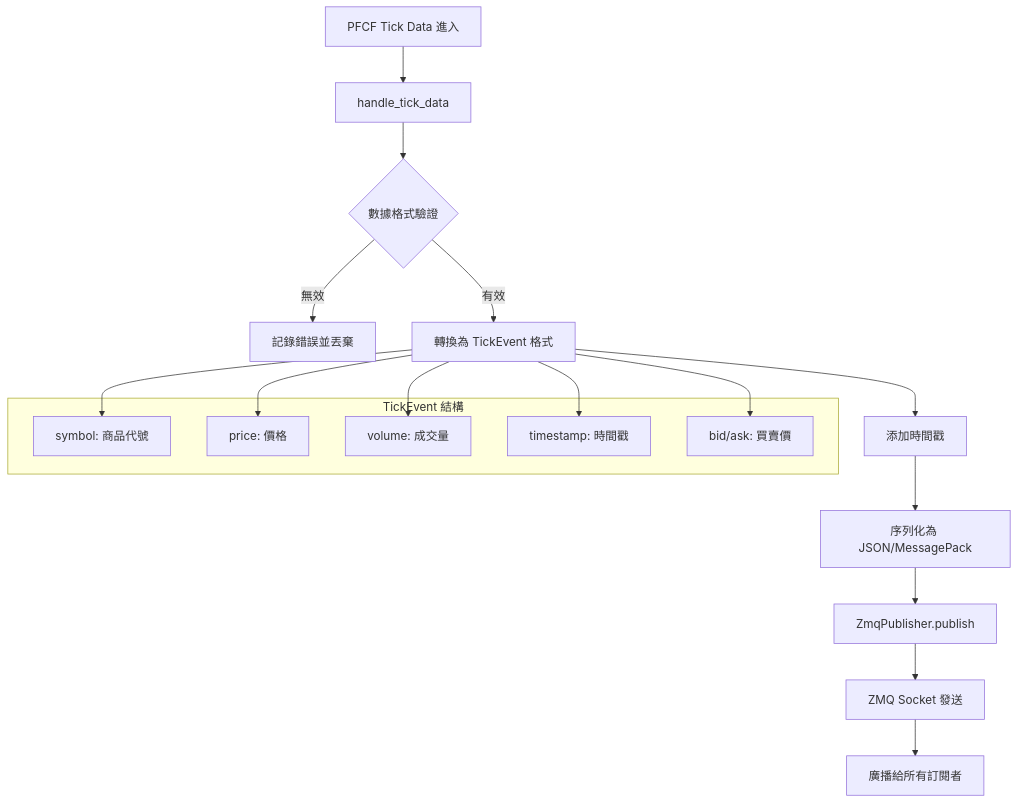
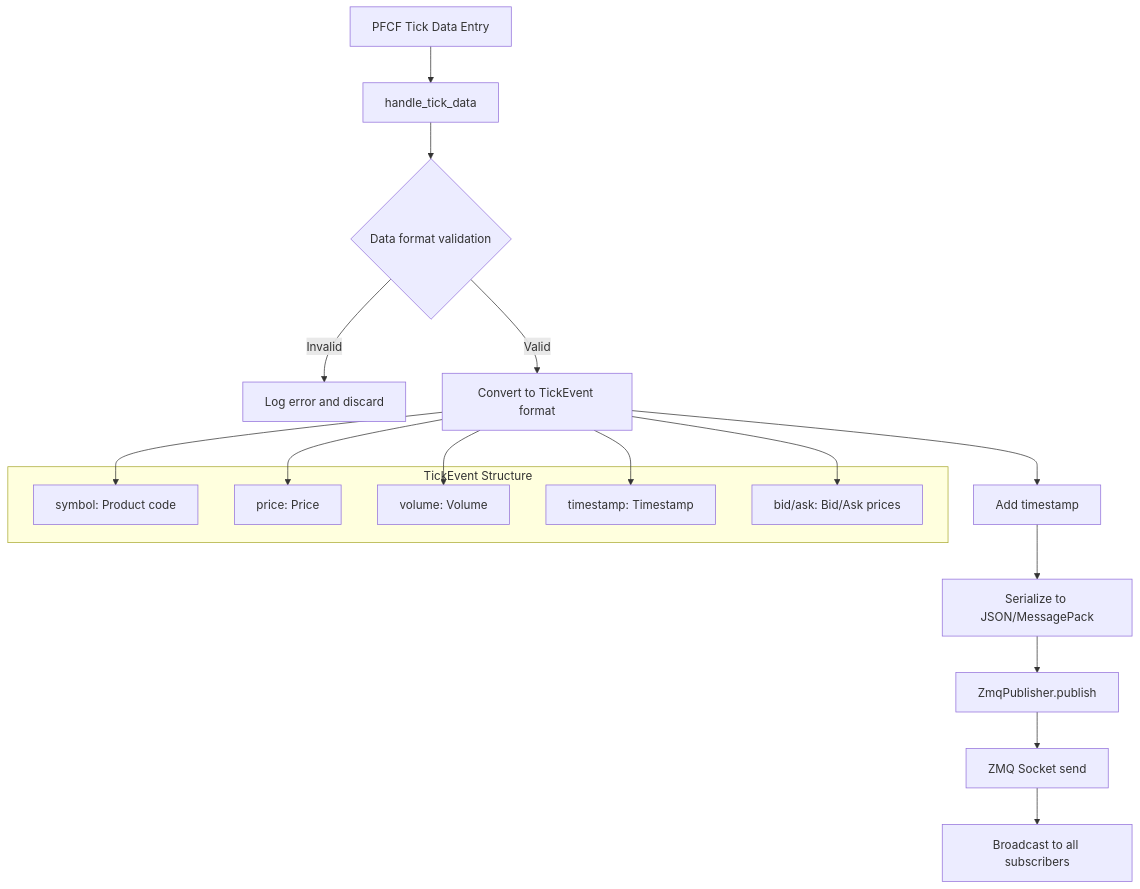
Before and after one commit to ttpss930141011/auto-futures-trading-machine: the sixth of 11 diagrams in docs/architecture/DETAILED_FLOW_DIAGRAMS.md, drawn with Mermaid. The commit also changed other lines of this file and 6 other files, not shown here.

````diff
--- a/docs/architecture/DETAILED_FLOW_DIAGRAMS.md
+++ b/docs/architecture/DETAILED_FLOW_DIAGRAMS.md
@@ -221,28 +221,28 @@
 ```mermaid
 graph TD
-    A[PFCF Tick Data 進入] --> B[handle_tick_data]
-    B --> C{數據格式驗證}
-    C -->|無效| D[記錄錯誤並丟棄]
-    C -->|有效| E[轉換為 TickEvent 格式]
+    A[PFCF Tick Data Entry] --> B[handle_tick_data]
+    B --> C{Data format validation}
+    C -->|Invalid| D[Log error and discard]
+    C -->|Valid| E[Convert to TickEvent format]
     
-    E --> F[添加時間戳]
-    F --> G[序列化為 JSON/MessagePack]
+    E --> F[Add timestamp]
+    F --> G[Serialize to JSON/MessagePack]
     G --> H[ZmqPublisher.publish]
     
-    H --> I[ZMQ Socket 發送]
-    I --> J[廣播給所有訂閱者]
+    H --> I[ZMQ Socket send]
+    I --> J[Broadcast to all subscribers]
     
-    subgraph "TickEvent 結構"
-        K[symbol: 商品代號]
-        L[price: 價格]
-        M[volume: 成交量]
-        N[timestamp: 時間戳]
-        O[bid/ask: 買賣價]
+    subgraph "TickEvent Structure"
+        K[symbol: Product code]
+        L[price: Price]
+        M[volume: Volume]
+        N[timestamp: Timestamp]
+        O[bid/ask: Bid/Ask prices]
     end
     
     E --> K
     E --> L
     E --> M
     E --> N
     E --> O
 ```
````
